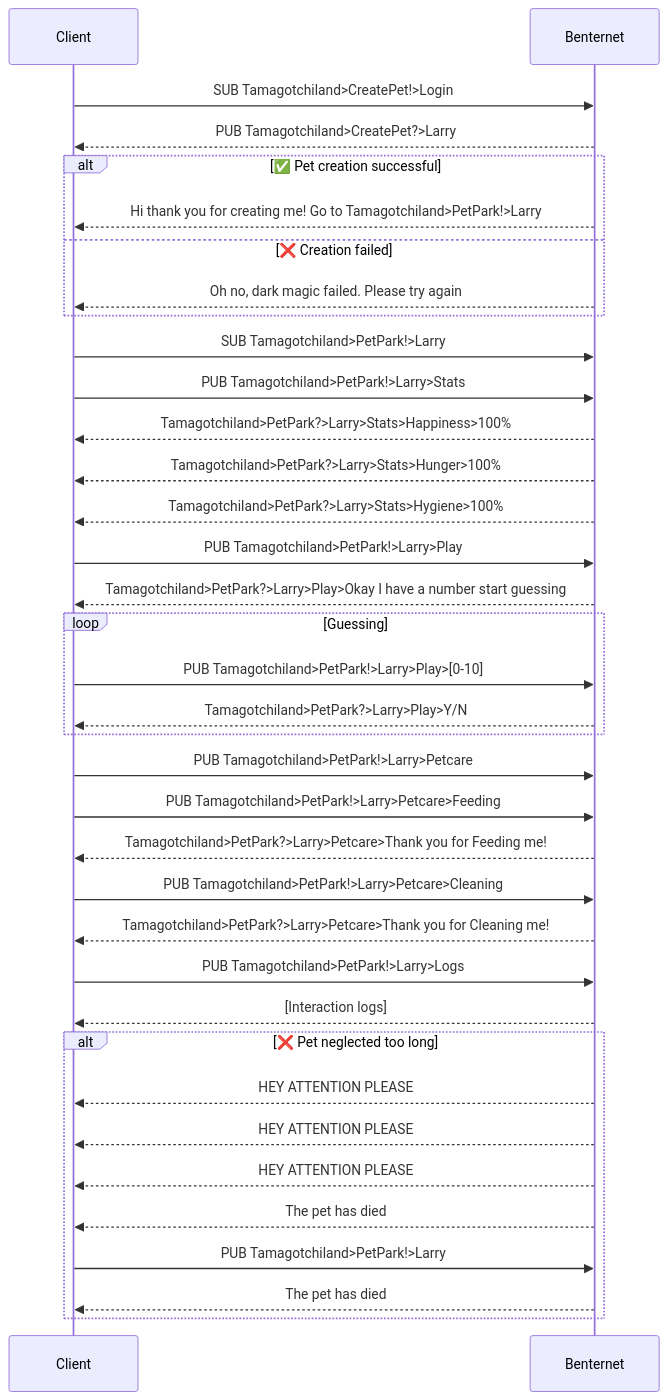
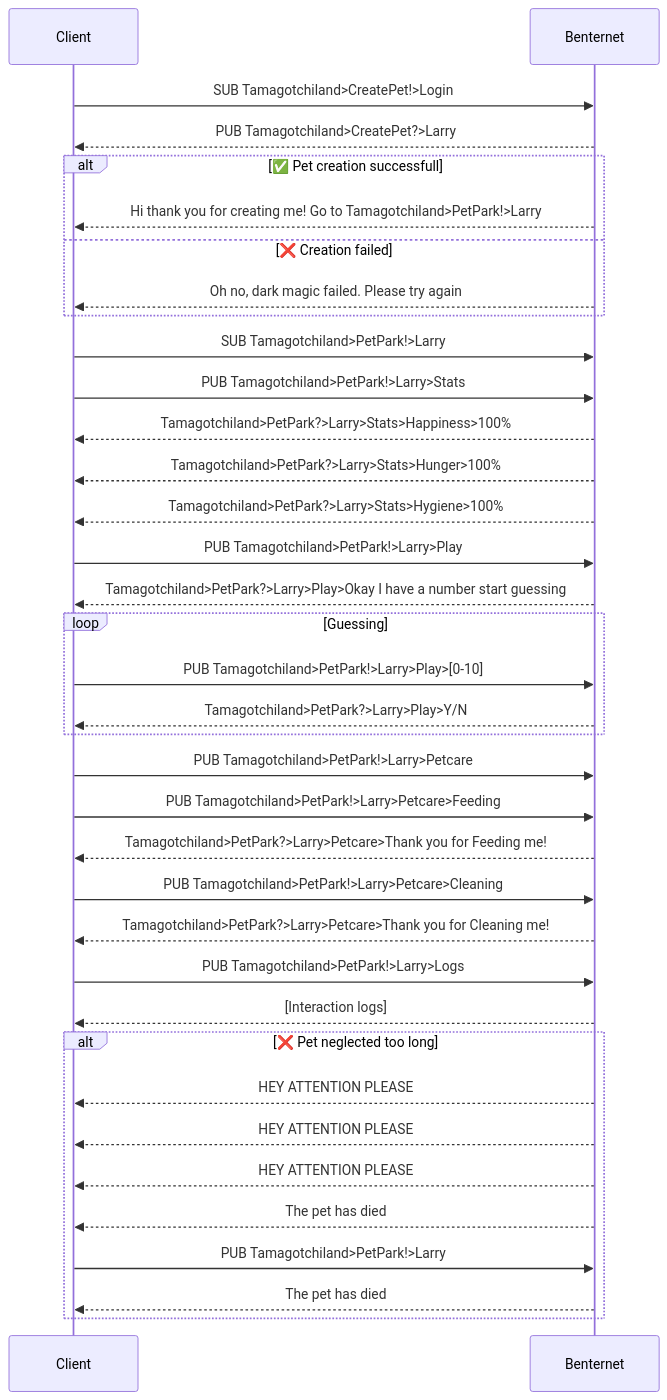
Before and after one commit to SamyWarnants/Networkprogramming-Benternetopdracht: the second of 2 diagrams in README.md, drawn with Mermaid.

Commit message:
whoops typo

````diff
--- a/README.md
+++ b/README.md
@@ -125,53 +125,53 @@
 ```mermaid
 sequenceDiagram
     participant Client
     participant Benternet
 
     %% CreatePet flow
     Client->>Benternet: SUB Tamagotchiland>CreatePet!>Login
     Benternet-->>Client: PUB Tamagotchiland>CreatePet?>Larry
 
-    alt ✅ Pet creation successful
+    alt ✅ Pet creation successfull
         Benternet-->>Client: Hi thank you for creating me! Go to Tamagotchiland>PetPark!>Larry
     else ❌ Creation failed
         Benternet-->>Client: Oh no, dark magic failed. Please try again
     end
 
     %% Enter PetPark
     Client->>Benternet: SUB Tamagotchiland>PetPark!>Larry
 
     %% Stats
     Client->>Benternet: PUB Tamagotchiland>PetPark!>Larry>Stats
     Benternet-->>Client: Tamagotchiland>PetPark?>Larry>Stats>Happiness>100%
     Benternet-->>Client: Tamagotchiland>PetPark?>Larry>Stats>Hunger>100%
     Benternet-->>Client: Tamagotchiland>PetPark?>Larry>Stats>Hygiene>100%
 
     %% Play
     Client->>Benternet: PUB Tamagotchiland>PetPark!>Larry>Play
     Benternet-->>Client: Tamagotchiland>PetPark?>Larry>Play>Okay I have a number start guessing
     loop Guessing
         Client->>Benternet: PUB Tamagotchiland>PetPark!>Larry>Play>[0-10]
         Benternet-->>Client: Tamagotchiland>PetPark?>Larry>Play>Y/N
     end
 
     %% Petcare
     Client->>Benternet: PUB Tamagotchiland>PetPark!>Larry>Petcare
     Client->>Benternet: PUB Tamagotchiland>PetPark!>Larry>Petcare>Feeding
     Benternet-->>Client: Tamagotchiland>PetPark?>Larry>Petcare>Thank you for Feeding me!
     Client->>Benternet: PUB Tamagotchiland>PetPark!>Larry>Petcare>Cleaning
     Benternet-->>Client: Tamagotchiland>PetPark?>Larry>Petcare>Thank you for Cleaning me!
 
     %% Logs
     Client->>Benternet: PUB Tamagotchiland>PetPark!>Larry>Logs
     Benternet-->>Client: [Interaction logs]
 
     %% Neglect
     alt ❌ Pet neglected too long
         Benternet-->>Client: HEY ATTENTION PLEASE
         Benternet-->>Client: HEY ATTENTION PLEASE
         Benternet-->>Client: HEY ATTENTION PLEASE
         Benternet-->>Client: The pet has died
         Client->>Benternet: PUB Tamagotchiland>PetPark!>Larry
         Benternet-->>Client: The pet has died
     end
 ```
````
